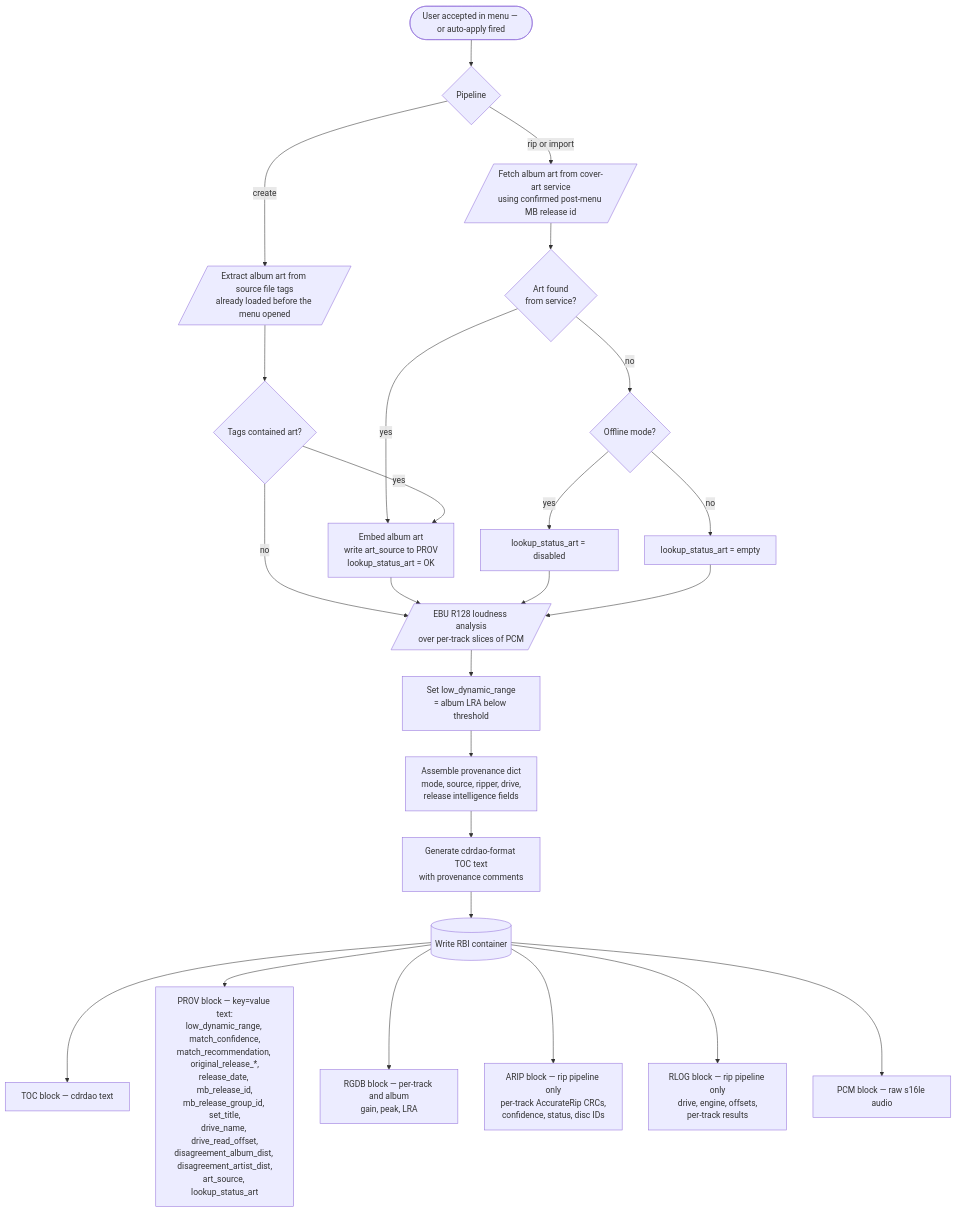
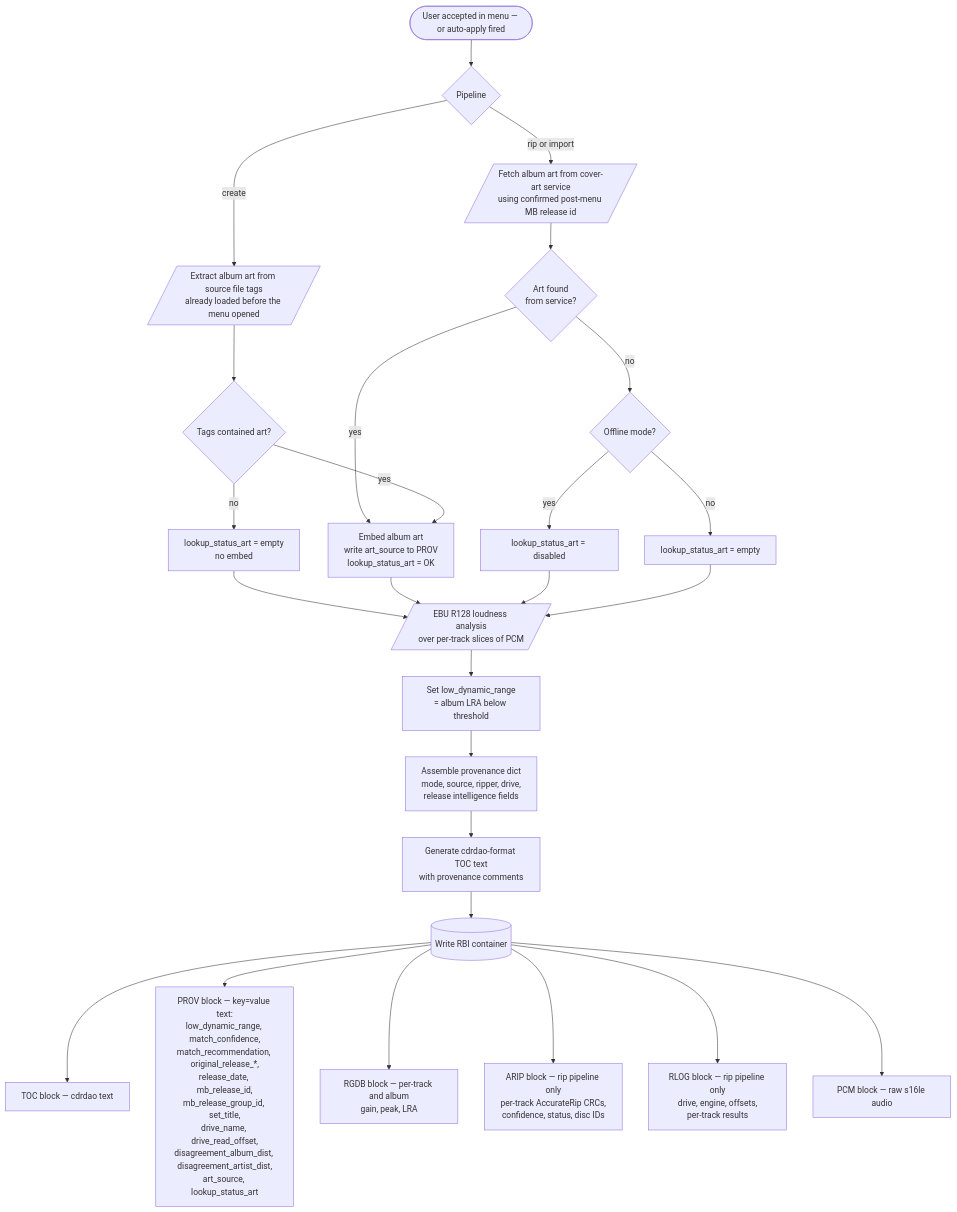
Before and after one commit to HomerSlated/cdda2img: the fifth of 5 diagrams in docs/flow/metadata-pipeline.md, drawn with Mermaid. The commit also changed other lines of this file, not shown here.

First line of the commit message:
docs(flow): regenerate metadata-pipeline flowchart for current code

````diff
--- a/docs/flow/metadata-pipeline.md
+++ b/docs/flow/metadata-pipeline.md
@@ -399,34 +399,35 @@
 ```mermaid
 flowchart TD
     menu_out([User accepted in menu — or auto-apply fired])
 
     menu_out --> art_branch{Pipeline}
     art_branch -- rip or import --> art_fetch[/Fetch album art from cover-art service<br/>using confirmed post-menu MB release id/]
     art_branch -- create --> art_tags[/Extract album art from source file tags<br/>already loaded before the menu opened/]
 
     art_fetch --> art_gate{Art found<br/>from service?}
     art_gate -- yes --> art_embed[Embed album art<br/>write art_source to PROV<br/>lookup_status_art = OK]
     art_gate -- no --> art_miss{Offline mode?}
     art_miss -- yes --> art_disabled[lookup_status_art = disabled]
     art_miss -- no --> art_empty[lookup_status_art = empty]
     art_tags --> art_tags_gate{Tags contained art?}
     art_tags_gate -- yes --> art_embed
-    art_tags_gate -- no --> loud_step
+    art_tags_gate -- no --> art_tags_miss[lookup_status_art = empty<br/>no embed]
+    art_tags_miss --> loud_step
 
     art_embed --> loud_step
     art_disabled --> loud_step
     art_empty --> loud_step
 
     loud_step[/EBU R128 loudness analysis<br/>over per-track slices of PCM/]
     loud_step --> loud_set[Set low_dynamic_range<br/>= album LRA below threshold]
     loud_set --> prov_build[Assemble provenance dict<br/>mode, source, ripper, drive,<br/>release intelligence fields]
     prov_build --> toc_gen[Generate cdrdao-format TOC text<br/>with provenance comments]
     toc_gen --> container[(Write RBI container)]
 
     container --> blk_toc[TOC block — cdrdao text]
     container --> blk_prov[PROV block — key=value text:<br/>low_dynamic_range, match_confidence,<br/>match_recommendation, original_release_*,<br/>release_date, mb_release_id,<br/>mb_release_group_id, set_title,<br/>drive_name, drive_read_offset,<br/>disagreement_album_dist, disagreement_artist_dist,<br/>art_source, lookup_status_art]
     container --> blk_rgdb[RGDB block — per-track and album<br/>gain, peak, LRA]
     container --> blk_arip[ARIP block — rip pipeline only<br/>per-track AccurateRip CRCs,<br/>confidence, status, disc IDs]
     container --> blk_rlog[RLOG block — rip pipeline only<br/>drive, engine, offsets,<br/>per-track results]
     container --> blk_pcm[PCM block — raw s16le audio]
 ```
````
